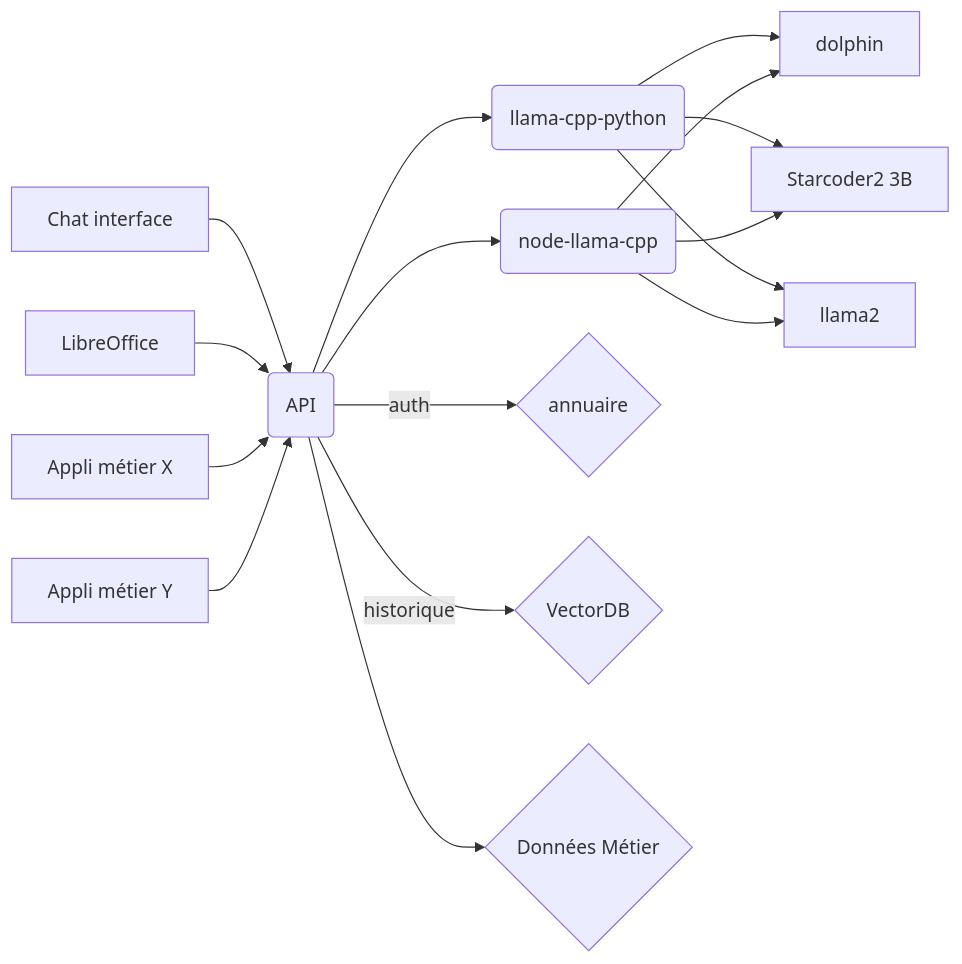
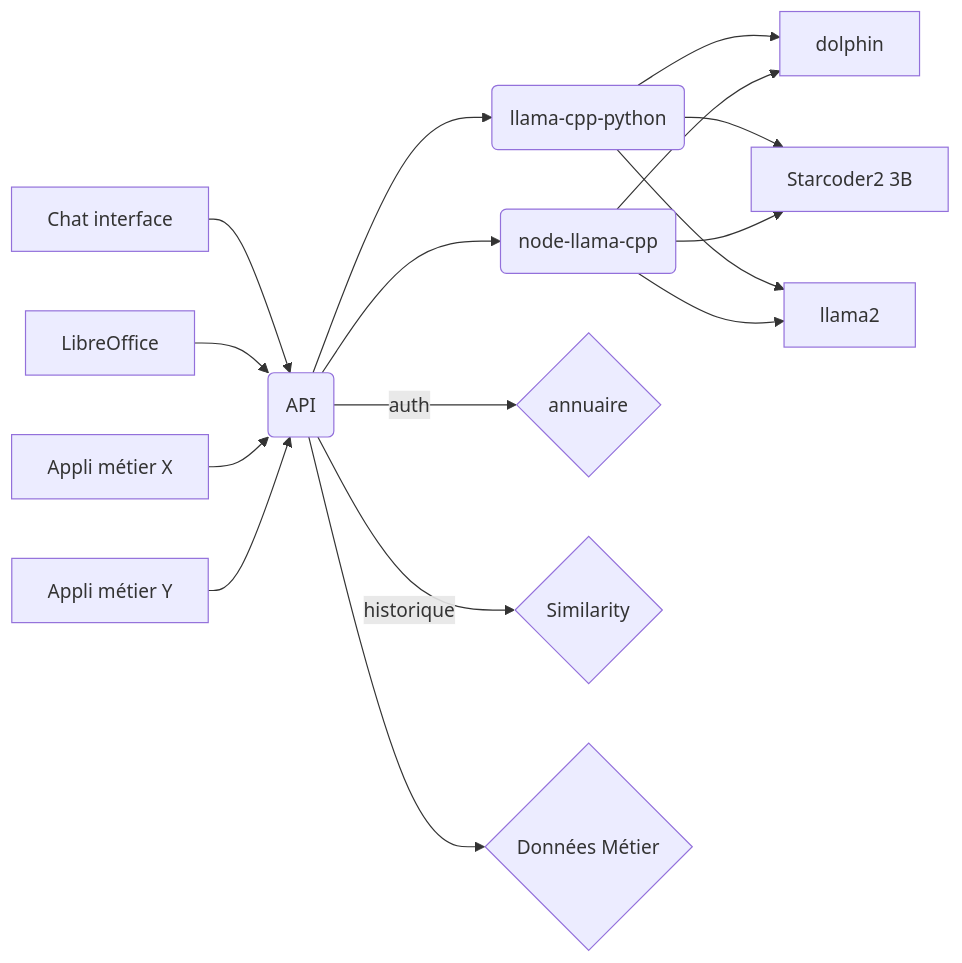
Before and after one commit to scenaristeur/igora-reloaded: the diagram in README.md, drawn with Mermaid. The commit also changed 6 other files, not shown here.

````diff
--- a/README.md
+++ b/README.md
@@ -3,23 +3,23 @@
 ```mermaid
 
 graph LR
     A[Chat interface] --> B(API)
     B --> C(llama-cpp-python)
     C --> D[dolphin]
     C --> M[Starcoder2 3B]
     I --> M[Starcoder2 3B]
     C --> E[llama2]
     F[LibreOffice] --> B
     G[Appli métier X] --> B
     H[Appli métier Y] --> B
     B --> I(node-llama-cpp)
     I --> D
     I --> E
     
     B --auth--> J{annuaire}
-    B --historique --> K{VectorDB}
+    B --historique --> K{Similarity}
     B --> L{Données Métier}
 
 
 
 ```
````
